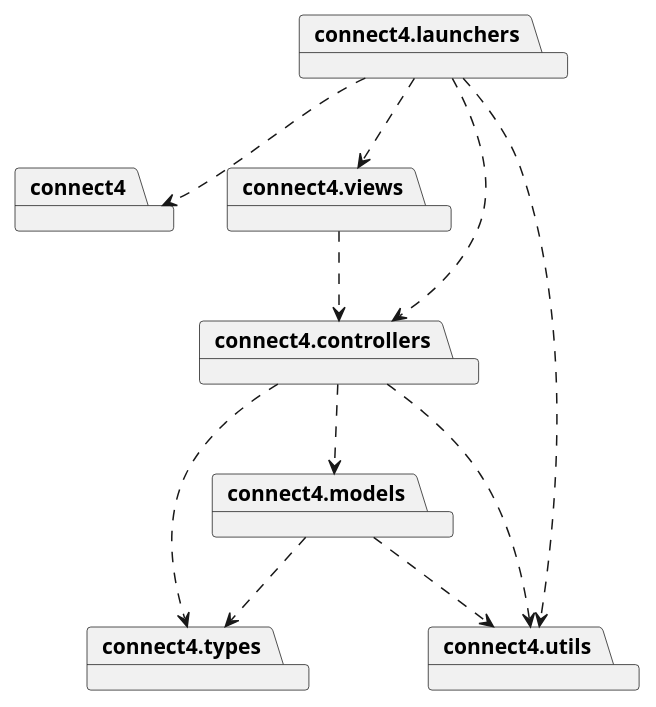
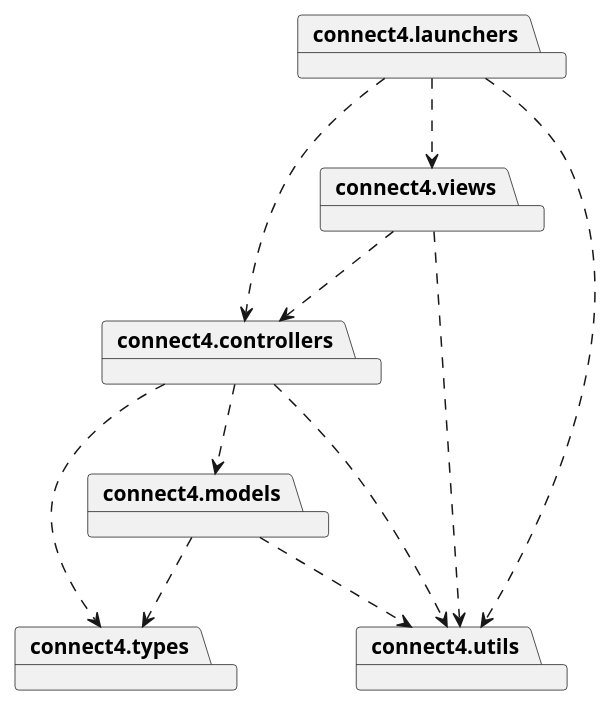
One commit to js-rom/connect4 changed the diagram in connect4/Docs/diagrams/src/packages/packageDiagramDistributedSummary.plantuml. Above: the diagram before and after it, drawn with PlantUML. The commit also changed 24 other files, not shown here.

```diff
--- a/connect4/Docs/diagrams/src/packages/packageDiagramDistributedSummary.plantuml
+++ b/connect4/Docs/diagrams/src/packages/packageDiagramDistributedSummary.plantuml
@@ -1,22 +1,21 @@
 @startuml
 
-package connect4
 package connect4.launchers
 package connect4.models
 package connect4.types
 package connect4.views
 package connect4.controllers
 package connect4.utils
 
-connect4.launchers ..> connect4
 connect4.launchers ..> connect4.views
 connect4.launchers ..> connect4.controllers
 connect4.launchers ..> connect4.utils
 connect4.views ..> connect4.controllers
+connect4.views ..> connect4.utils
 connect4.controllers ..> connect4.models
 connect4.controllers ..> connect4.types
 connect4.controllers ..> connect4.utils
 connect4.models ..> connect4.types
 connect4.models ..> connect4.utils
 
 @enduml
```
